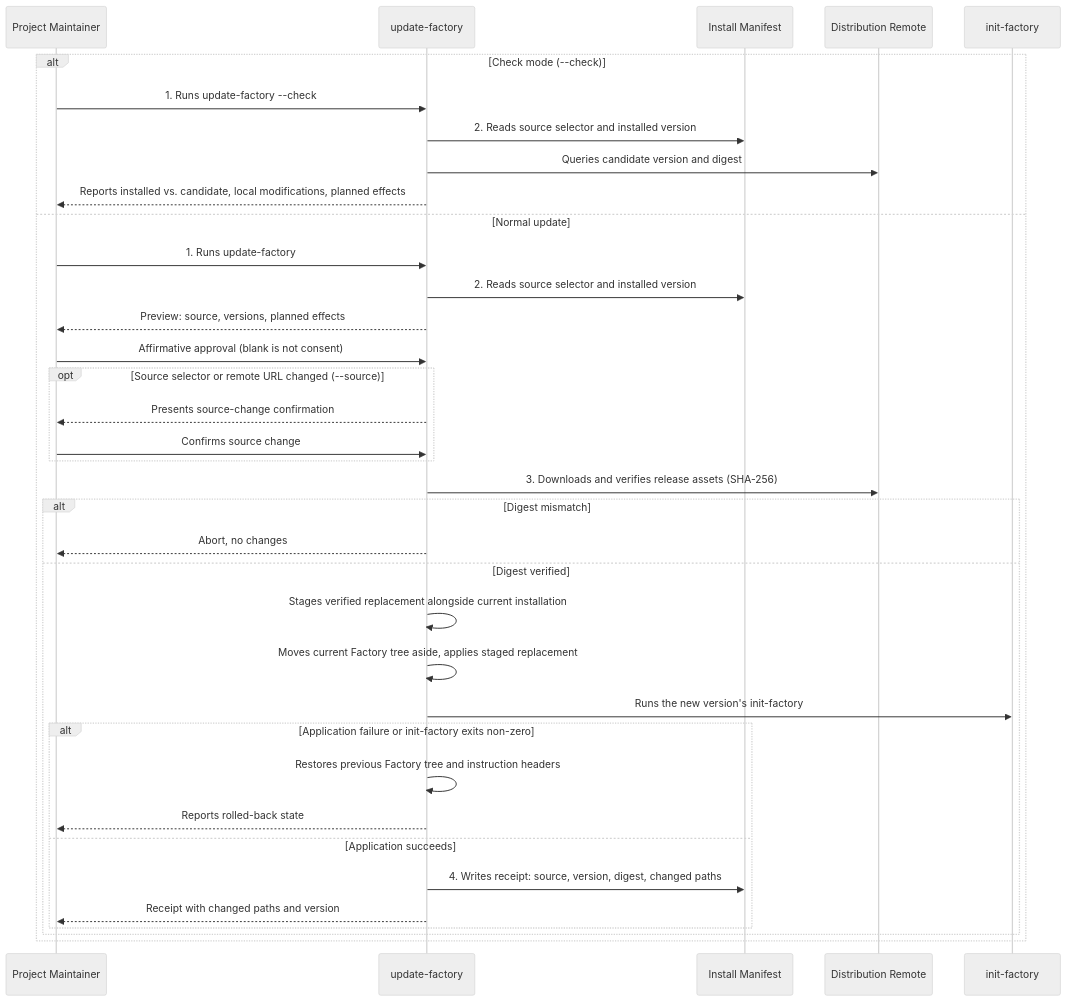
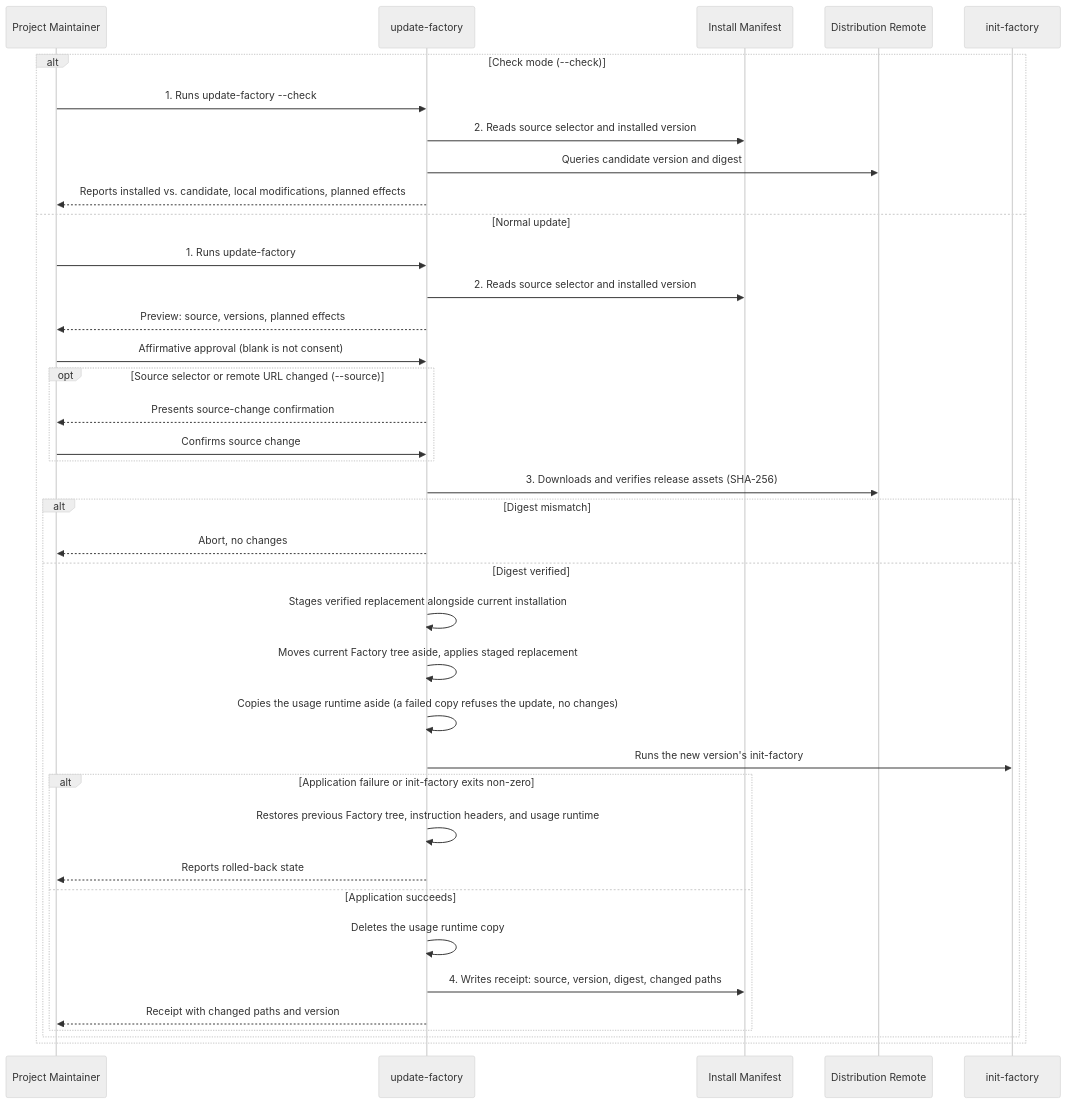
Before and after one commit to matthiasdaues/agent_factory: diagram 16 of 36 in docs/arc42/06_runtime_view.md, drawn with Mermaid (neutral theme). The commit also changed other lines of this file and 7 other files, not shown here.

````diff
--- a/docs/arc42/06_runtime_view.md
+++ b/docs/arc42/06_runtime_view.md
@@ -537,39 +537,41 @@
 ```mermaid
 sequenceDiagram
     participant M as Project Maintainer
     participant UF as update-factory
     participant IM as Install Manifest
     participant DR as Distribution Remote
     participant IF as init-factory
 
     alt Check mode (--check)
         M->>UF: 1. Runs update-factory --check
         UF->>IM: 2. Reads source selector and installed version
         UF->>DR: Queries candidate version and digest
         UF-->>M: Reports installed vs. candidate, local modifications, planned effects
     else Normal update
         M->>UF: 1. Runs update-factory
         UF->>IM: 2. Reads source selector and installed version
         UF-->>M: Preview: source, versions, planned effects
         M->>UF: Affirmative approval (blank is not consent)
         opt Source selector or remote URL changed (--source)
             UF-->>M: Presents source-change confirmation
             M->>UF: Confirms source change
         end
         UF->>DR: 3. Downloads and verifies release assets (SHA-256)
         alt Digest mismatch
             UF-->>M: Abort, no changes
         else Digest verified
             UF->>UF: Stages verified replacement alongside current installation
             UF->>UF: Moves current Factory tree aside, applies staged replacement
+            UF->>UF: Copies the usage runtime aside (a failed copy refuses the update, no changes)
             UF->>IF: Runs the new version's init-factory
             alt Application failure or init-factory exits non-zero
-                UF->>UF: Restores previous Factory tree and instruction headers
+                UF->>UF: Restores previous Factory tree, instruction headers, and usage runtime
                 UF-->>M: Reports rolled-back state
             else Application succeeds
+                UF->>UF: Deletes the usage runtime copy
                 UF->>IM: 4. Writes receipt: source, version, digest, changed paths
                 UF-->>M: Receipt with changed paths and version
             end
         end
     end
 ```
````
